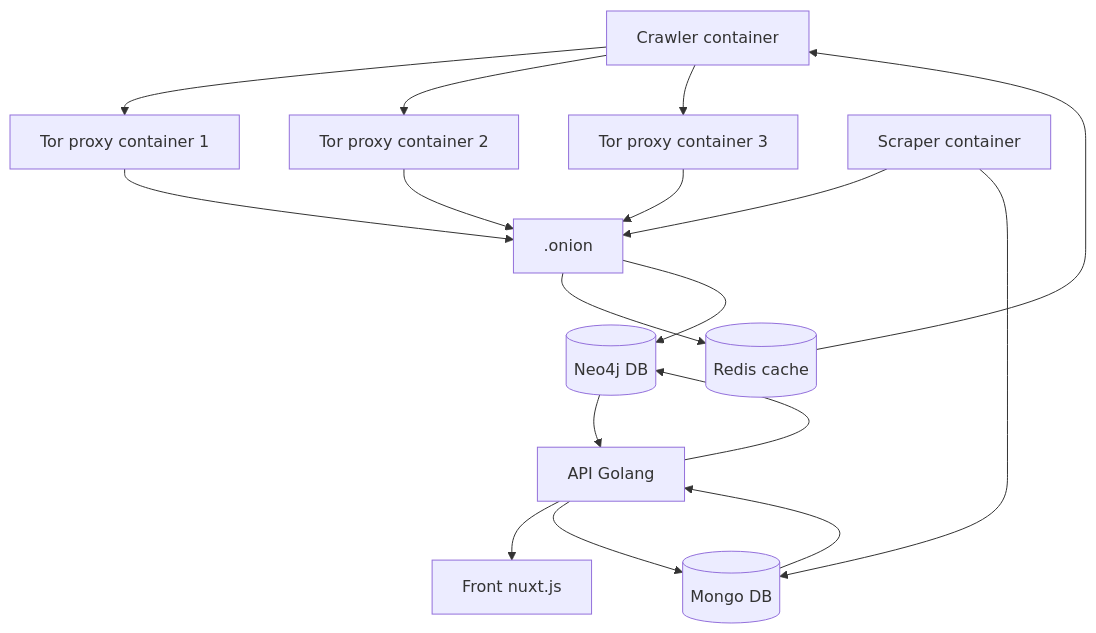
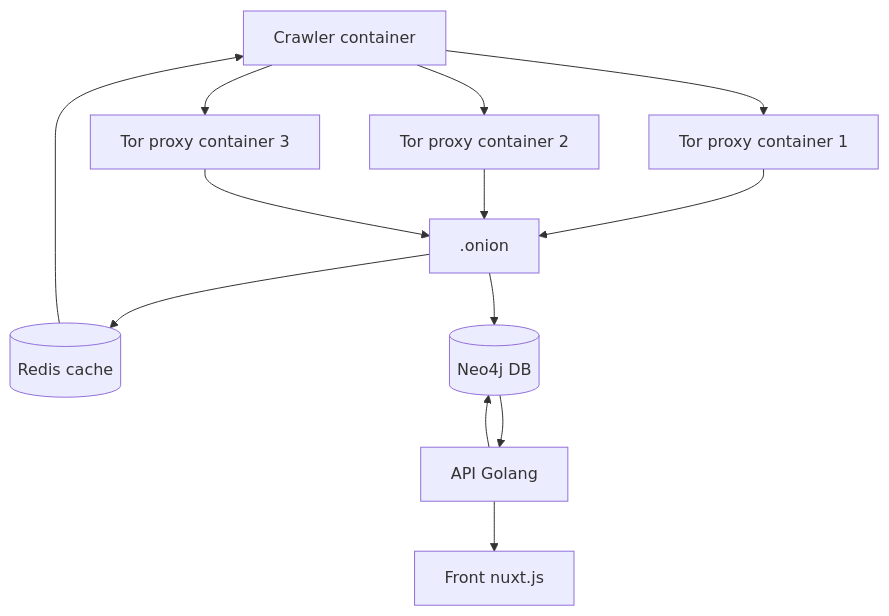
Before and after one commit to S-rvo/BlueWhiteThreat: the first of 2 diagrams in README.md, drawn with Mermaid.

````diff
--- a/README.md
+++ b/README.md
@@ -23,36 +23,27 @@
 ```mermaid
 flowchart TB
 crawler["Crawler container"]
 
 crawler --> tor1["Tor proxy container 1"] 
 crawler --> tor2["Tor proxy container 2"] 
 crawler --> tor3["Tor proxy container 3"] 
 
 .onion[".onion"]
 
 .onion --> redis --> crawler
 
 tor1 --> .onion
 tor2 --> .onion
 tor3 --> .onion
 
 .onion --> neo4j
 
 api["API Golang"]
 front["Front nuxt.js"]
 
 api --> front
 api --> neo4j[(Neo4j DB)] --> api
 
 redis[(Redis cache)]
-Mongo[(Mongo DB)]
-
-Scraper["Scraper container"]
-
-Scraper --> .onion
-Scraper --> Mongo
-
-api --> Mongo --> api
-
 
 ```
````
